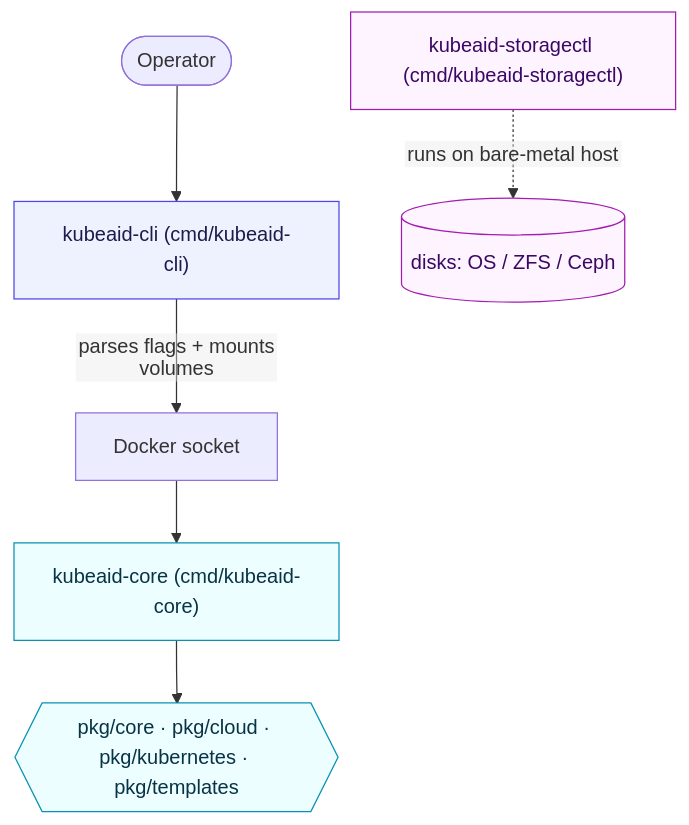
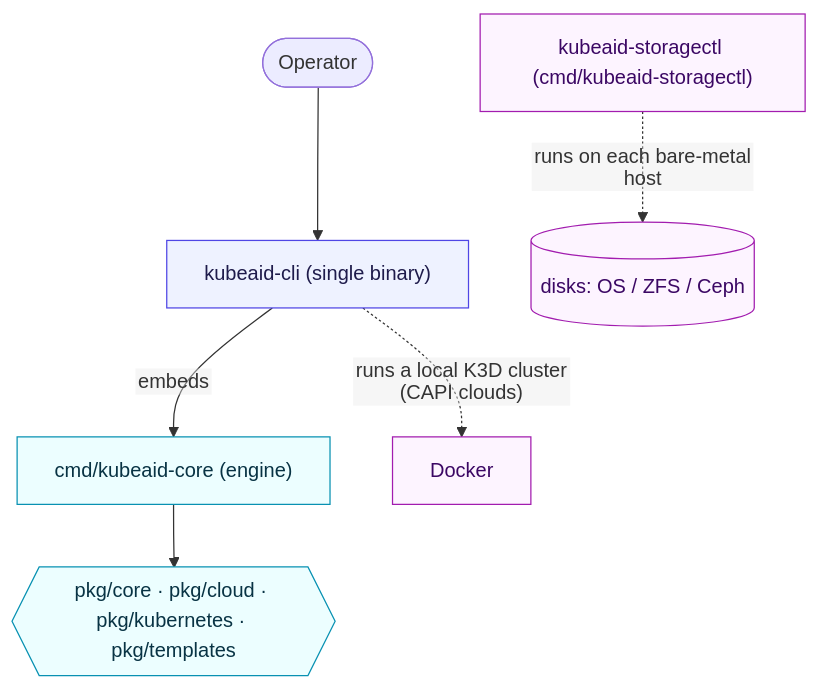
One commit to Obmondo/kubeaid-cli changed the fourth of 11 diagrams in docs/architecture.md. Above: the diagram before and after it, drawn with Mermaid. The commit also changed other lines of this file and 1 other file, not shown here.

First line of the commit message:
docs: kubeaid-cli is a single binary; clarify K3D is CAPI-only

````diff
--- a/docs/architecture.md
+++ b/docs/architecture.md
@@ -190,16 +189,16 @@
 ```mermaid
 %%{init: {'flowchart': {'htmlLabels': false}}}%%
 flowchart TB
-  user(["Operator"]) --> cli["kubeaid-cli (cmd/kubeaid-cli)"]
-  cli -- "parses flags + mounts volumes" --> docker["Docker socket"]
-  docker --> core["kubeaid-core (cmd/kubeaid-core)"]
+  user(["Operator"]) --> cli["kubeaid-cli (single binary)"]
+  cli -- "embeds" --> core["cmd/kubeaid-core (engine)"]
   core --> pkgs{{"pkg/core · pkg/cloud · pkg/kubernetes · pkg/templates"}}
-  sctl["kubeaid-storagectl (cmd/kubeaid-storagectl)"] -. "runs on bare-metal host" .-> disks[("disks: OS / ZFS / Ceph")]
+  cli -. "runs a local K3D cluster (CAPI clouds)" .-> docker["Docker"]
+  sctl["kubeaid-storagectl (cmd/kubeaid-storagectl)"] -. "runs on each bare-metal host" .-> disks[("disks: OS / ZFS / Ceph")]
 
   classDef client fill:#eef2ff,stroke:#4f46e5,color:#1e1b4b;
   classDef engine fill:#ecfeff,stroke:#0891b2,color:#083344;
   classDef util fill:#fdf4ff,stroke:#a21caf,color:#3b0764;
   class cli client;
   class core,pkgs engine;
-  class sctl,disks util;
+  class sctl,disks,docker util;
 ```
````
